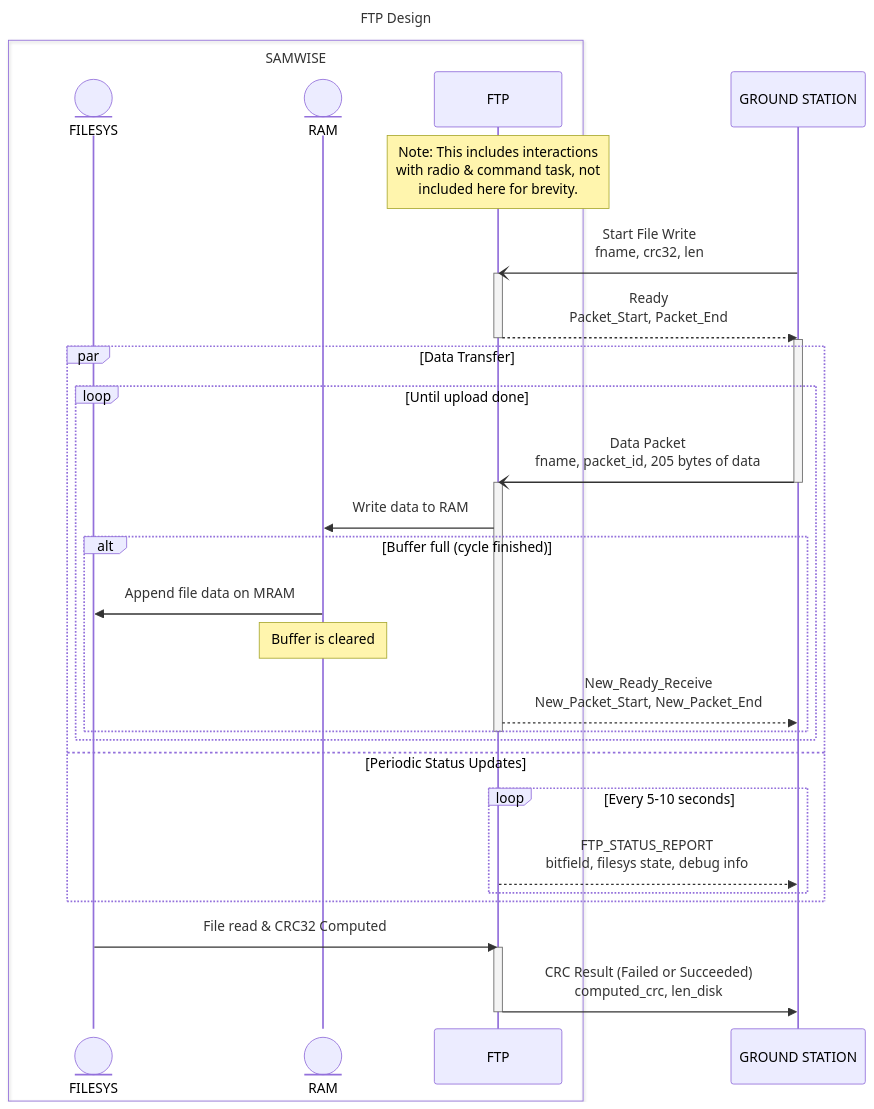
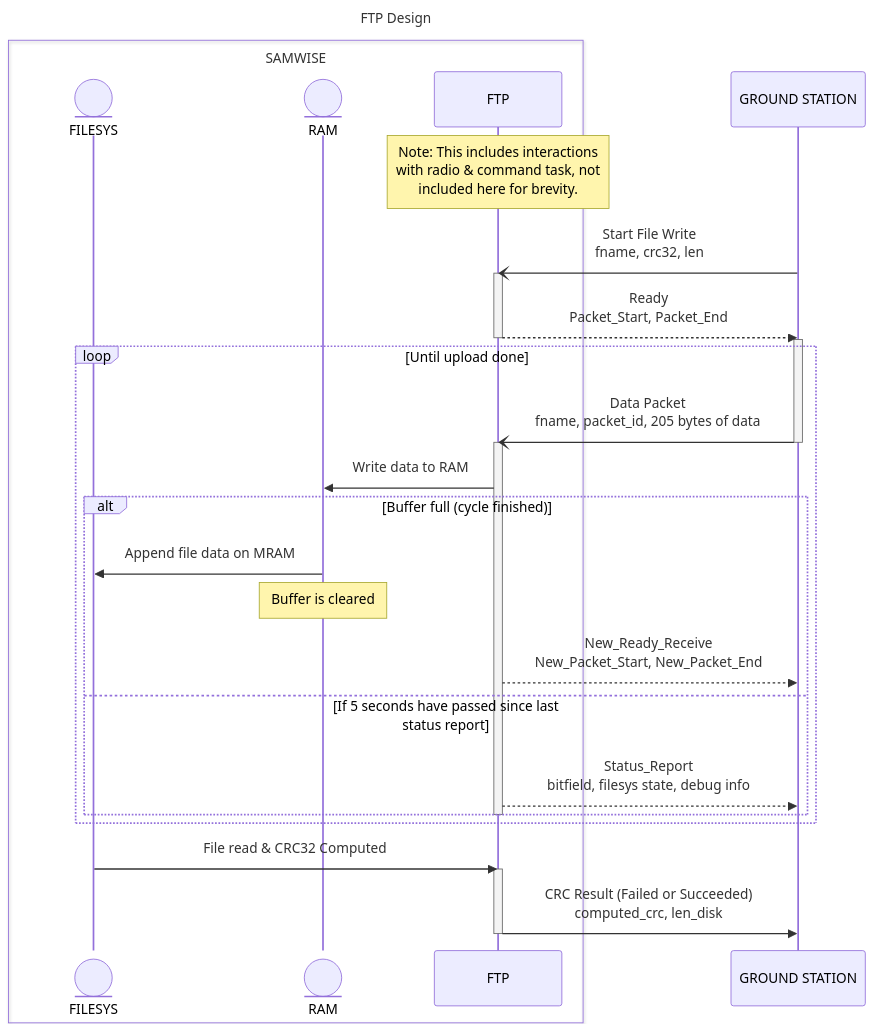
Before and after one commit to stanford-ssi/samwise-flight-software: the first of 11 diagrams in src/tasks/ftp/README.md, drawn with Mermaid. The commit also changed other lines of this file, not shown here.

Commit message:
clarifications about time period for FTP_STATUS_REPORT, standardization of diagrams, small fixes/updates

````diff
--- a/src/tasks/ftp/README.md
+++ b/src/tasks/ftp/README.md
@@ -64,42 +66,38 @@
 ```mermaid
 ---
 title: FTP Design
 ---
 sequenceDiagram
     box SAMWISE
         participant FILESYS@{ "type": "entity" }
         participant RAM@{ "type": "entity" }
         participant FTP
     end
     participant GROUND STATION
 
     Note over FTP: Note: This includes interactions<br />with radio & command task, not <br/>included here for brevity.
     GROUND STATION-)FTP: Start File Write<br />fname, crc32, len
     activate FTP
     FTP-->>GROUND STATION: Ready<br />Packet_Start, Packet_End
     deactivate FTP
     activate GROUND STATION
 
-    par Data Transfer
-        loop Until upload done
-            GROUND STATION-)FTP: Data Packet<br />fname, packet_id, 205 bytes of data
-            deactivate GROUND STATION
-            activate FTP
-            FTP->>RAM: Write data to RAM
-            alt Buffer full (cycle finished)
-                RAM->>FILESYS: Append file data on MRAM
-                Note over RAM: Buffer is cleared
-                FTP-->>GROUND STATION: New_Ready_Receive<br />New_Packet_Start, New_Packet_End
-            end
-            deactivate FTP
+    loop Until upload done
+        GROUND STATION-)FTP: Data Packet<br />fname, packet_id, 205 bytes of data
+        deactivate GROUND STATION
+        activate FTP
+        FTP->>RAM: Write data to RAM
+        alt Buffer full (cycle finished)
+            RAM->>FILESYS: Append file data on MRAM
+            Note over RAM: Buffer is cleared
+            FTP-->>GROUND STATION: New_Ready_Receive<br />New_Packet_Start, New_Packet_End
+        else If 5 seconds have passed since last status report
+            FTP-->>GROUND STATION: Status_Report<br />bitfield, filesys state, debug info
         end
-    and Periodic Status Updates
-        loop Every 5-10 seconds
-            FTP-->>GROUND STATION: FTP_STATUS_REPORT<br />bitfield, filesys state, debug info
-        end
+        deactivate FTP
     end
     FILESYS->>FTP: File read & CRC32 Computed
     activate FTP
     FTP->>GROUND STATION: CRC Result (Failed or Succeeded)<br />computed_crc, len_disk
     deactivate FTP
 ```
````
